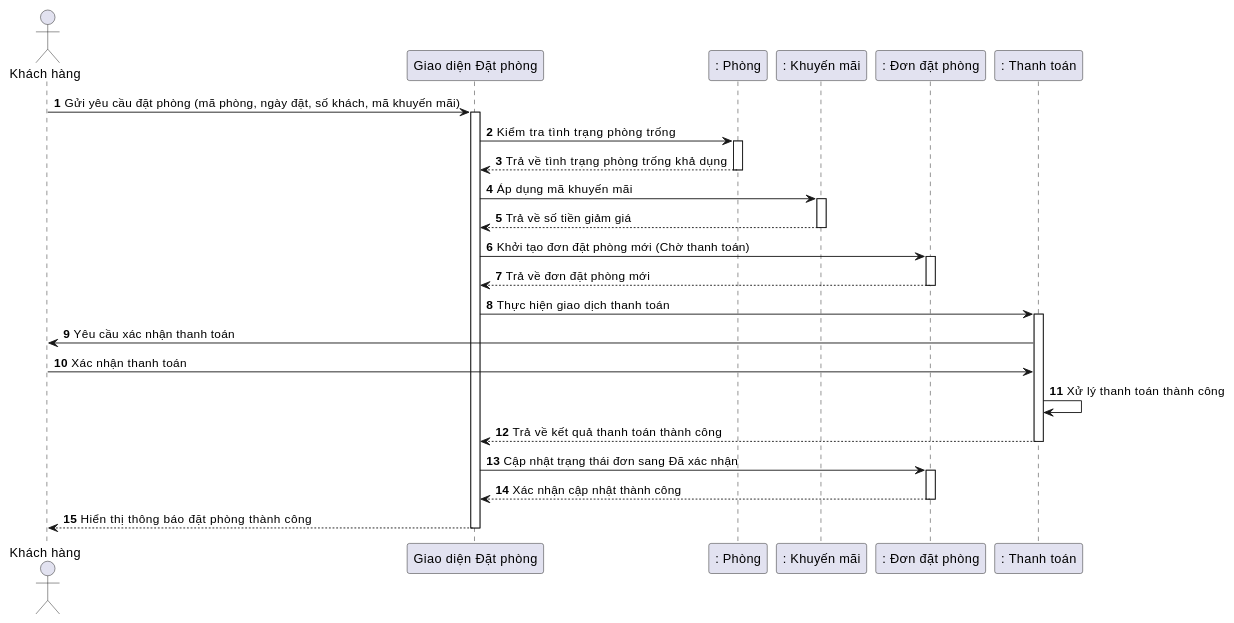
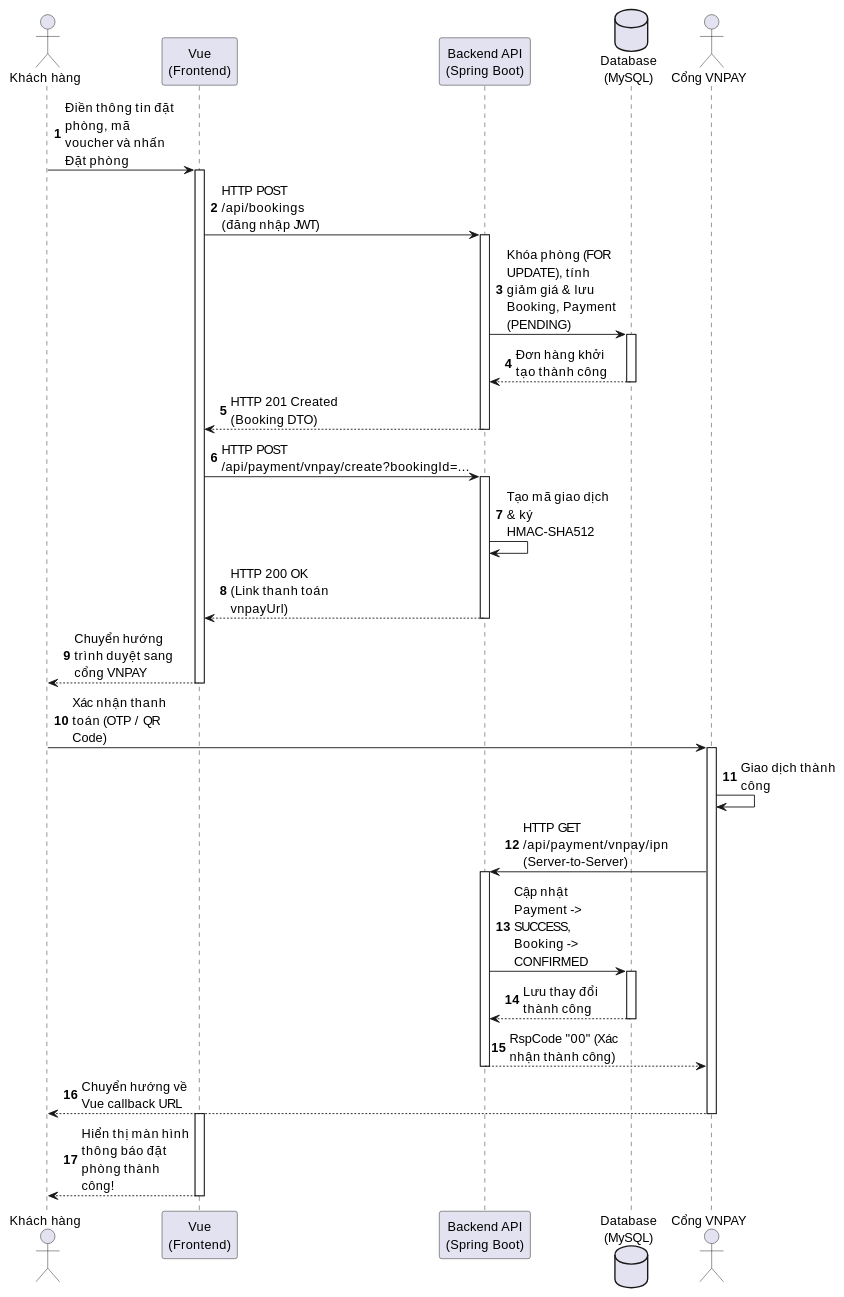
One commit to kienpham23/BuddingHotelStay-frontend changed the tenth of 28 diagrams in huong_dan_ve_bieu_do.md. Above: the diagram before and after it, drawn with PlantUML. The commit also changed other lines of this file and 16 other files, not shown here.

Commit message:
Cập nhập sửa giao diện

````diff
--- a/huong_dan_ve_bieu_do.md
+++ b/huong_dan_ve_bieu_do.md
@@ -325,48 +335,53 @@
 ```plantuml
 @startuml
 autonumber
+skinparam DefaultFontSize 14
+skinparam MaxMessageSize 120
+skinparam ParticipantPadding 10
+skinparam BoxPadding 10
+
 actor "Khách hàng" as Customer
-participant "Giao diện Đặt phòng" as GUI
-participant ": Phòng" as Room
-participant ": Khuyến mãi" as Promo
-participant ": Đơn đặt phòng" as Booking
-participant ": Thanh toán" as Payment
+participant "Vue\n(Frontend)" as Vue
+participant "Backend API\n(Spring Boot)" as API
+database "Database\n(MySQL)" as DB
+actor "Cổng VNPAY" as VNPAY
 
-Customer -> GUI : Gửi yêu cầu đặt phòng (mã phòng, ngày đặt, số khách, mã khuyến mãi)
-activate GUI
+Customer -> Vue : Điền thông tin đặt phòng, mã voucher và nhấn Đặt phòng
+activate Vue
+Vue -> API : HTTP POST /api/bookings (đăng nhập JWT)
+activate API
+API -> DB : Khóa phòng (FOR UPDATE), tính giảm giá & lưu Booking, Payment (PENDING)
+activate DB
+DB --> API : Đơn hàng khởi tạo thành công
+deactivate DB
+API --> Vue : HTTP 201 Created (Booking DTO)
+deactivate API
 
-GUI -> Room : Kiểm tra tình trạng phòng trống
-activate Room
-Room --> GUI : Trả về tình trạng phòng trống khả dụng
-deactivate Room
+Vue -> API : HTTP POST /api/payment/vnpay/create?bookingId=...
+activate API
+API -> API : Tạo mã giao dịch & ký HMAC-SHA512
+API --> Vue : HTTP 200 OK (Link thanh toán vnpayUrl)
+deactivate API
 
-GUI -> Promo : Áp dụng mã khuyến mãi
-activate Promo
-Promo --> GUI : Trả về số tiền giảm giá
-deactivate Promo
+Vue --> Customer : Chuyển hướng trình duyệt sang cổng VNPAY
+deactivate Vue
 
-GUI -> Booking : Khởi tạo đơn đặt phòng mới (Chờ thanh toán)
-activate Booking
-Booking --> GUI : Trả về đơn đặt phòng mới
-deactivate Booking
+Customer -> VNPAY : Xác nhận thanh toán (OTP / QR Code)
+activate VNPAY
+VNPAY -> VNPAY : Giao dịch thành công
+VNPAY -> API : HTTP GET /api/payment/vnpay/ipn (Server-to-Server)
+activate API
+API -> DB : Cập nhật Payment -> SUCCESS, Booking -> CONFIRMED
+activate DB
+DB --> API : Lưu thay đổi thành công
+deactivate DB
+API --> VNPAY : RspCode "00" (Xác nhận thành công)
+deactivate API
 
-GUI -> Payment : Thực hiện giao dịch thanh toán
-activate Payment
-
-Payment -> Customer : Yêu cầu xác nhận thanh toán
-Customer -> Payment : Xác nhận thanh toán
-
-Payment -> Payment : Xử lý thanh toán thành công
-
-Payment --> GUI : Trả về kết quả thanh toán thành công
-deactivate Payment
-
-GUI -> Booking : Cập nhật trạng thái đơn sang Đã xác nhận
-activate Booking
-Booking --> GUI : Xác nhận cập nhật thành công
-deactivate Booking
-
-GUI --> Customer : Hiển thị thông báo đặt phòng thành công
-deactivate GUI
+VNPAY --> Customer : Chuyển hướng về Vue callback URL
+deactivate VNPAY
+activate Vue
+Vue --> Customer : Hiển thị màn hình thông báo đặt phòng thành công!
+deactivate Vue
 @enduml
 ```
````
